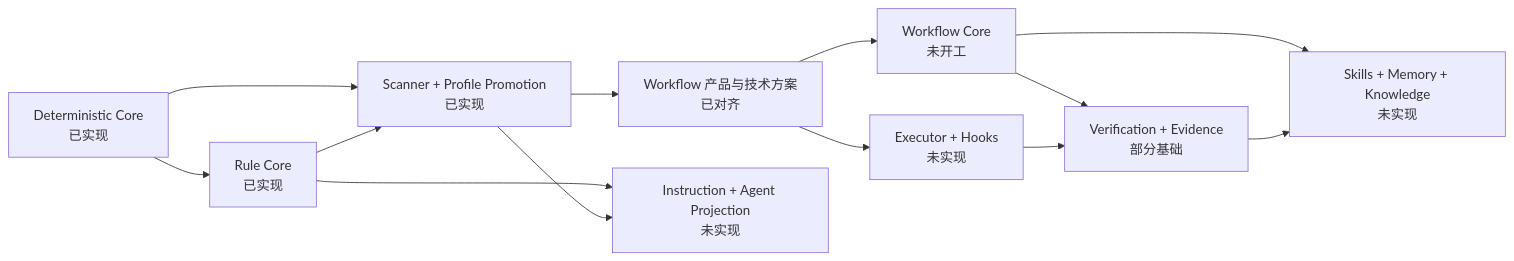
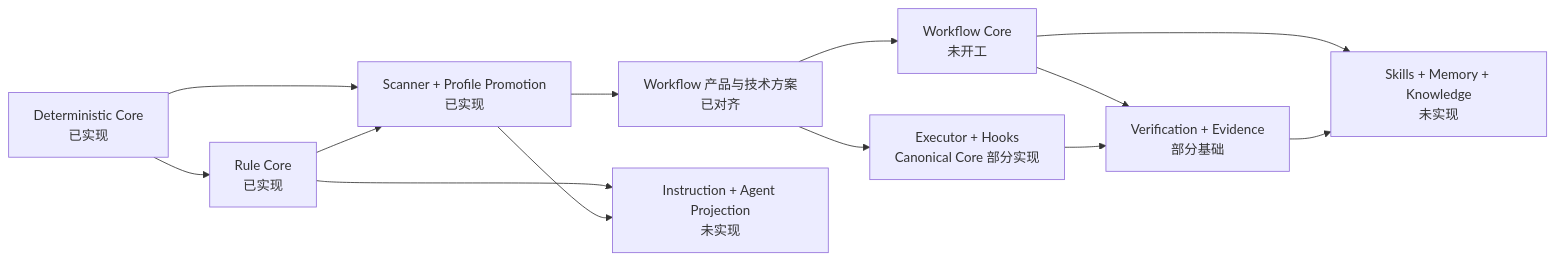
The diagram in packages/liushi-harness/docs/20-implementation-status-matrix.md (MarchRory/liushi-aweasome-agentic-engineering), drawn with Mermaid before and after one commit. The commit also changed other lines of this file and 29 other files, not shown here.

Commit message:
feat(harness): add canonical action hook core

````diff
--- a/packages/liushi-harness/docs/20-implementation-status-matrix.md
+++ b/packages/liushi-harness/docs/20-implementation-status-matrix.md
@@ -65,25 +67,25 @@
 ```mermaid
 flowchart LR
   core["Deterministic Core<br/>已实现"]
   rules["Rule Core<br/>已实现"]
   profile["Scanner + Profile Promotion<br/>已实现"]
   decision["Workflow 产品与技术方案<br/>已对齐"]
   workflow["Workflow Core<br/>未开工"]
-  executor["Executor + Hooks<br/>未实现"]
+  executor["Executor + Hooks<br/>Canonical Core 部分实现"]
   verify["Verification + Evidence<br/>部分基础"]
   projection["Instruction + Agent Projection<br/>未实现"]
   knowledge["Skills + Memory + Knowledge<br/>未实现"]
 
   core --> rules
   core --> profile
   rules --> profile
   profile --> decision
   decision --> workflow
   decision --> executor
   workflow --> verify
   executor --> verify
   rules --> projection
   profile --> projection
   workflow --> knowledge
   verify --> knowledge
 ```
````
